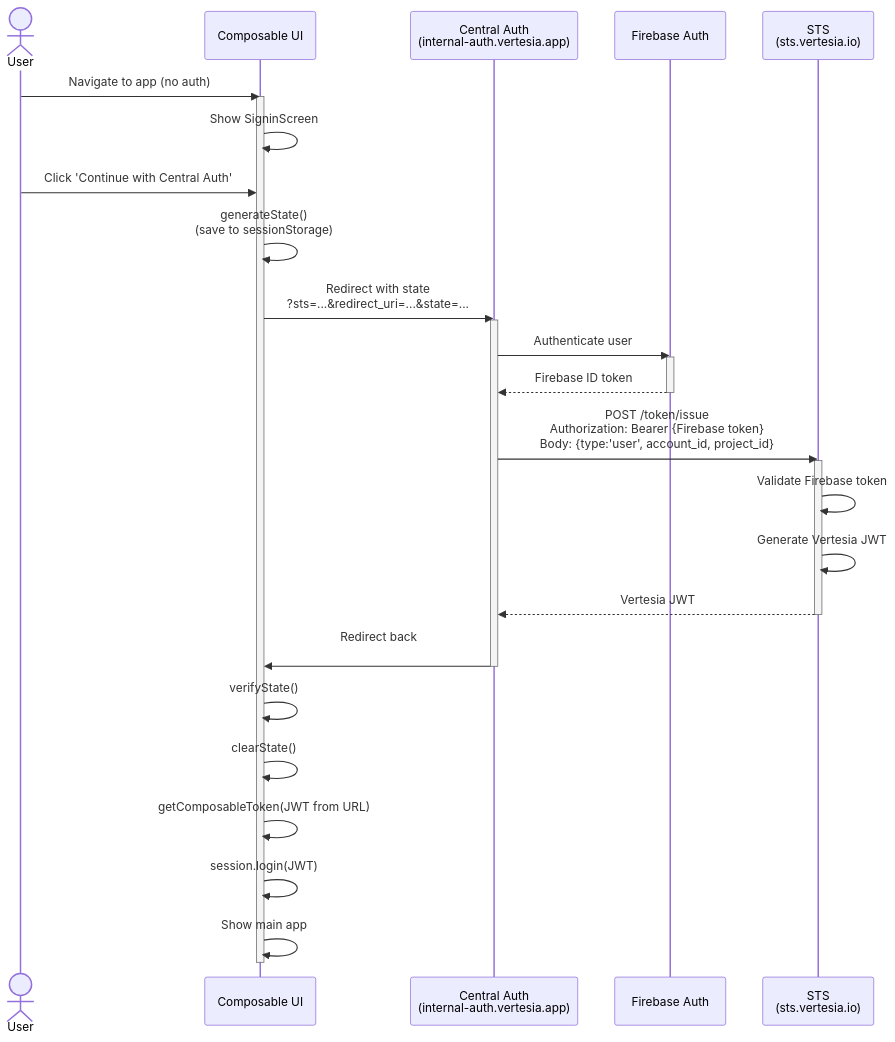
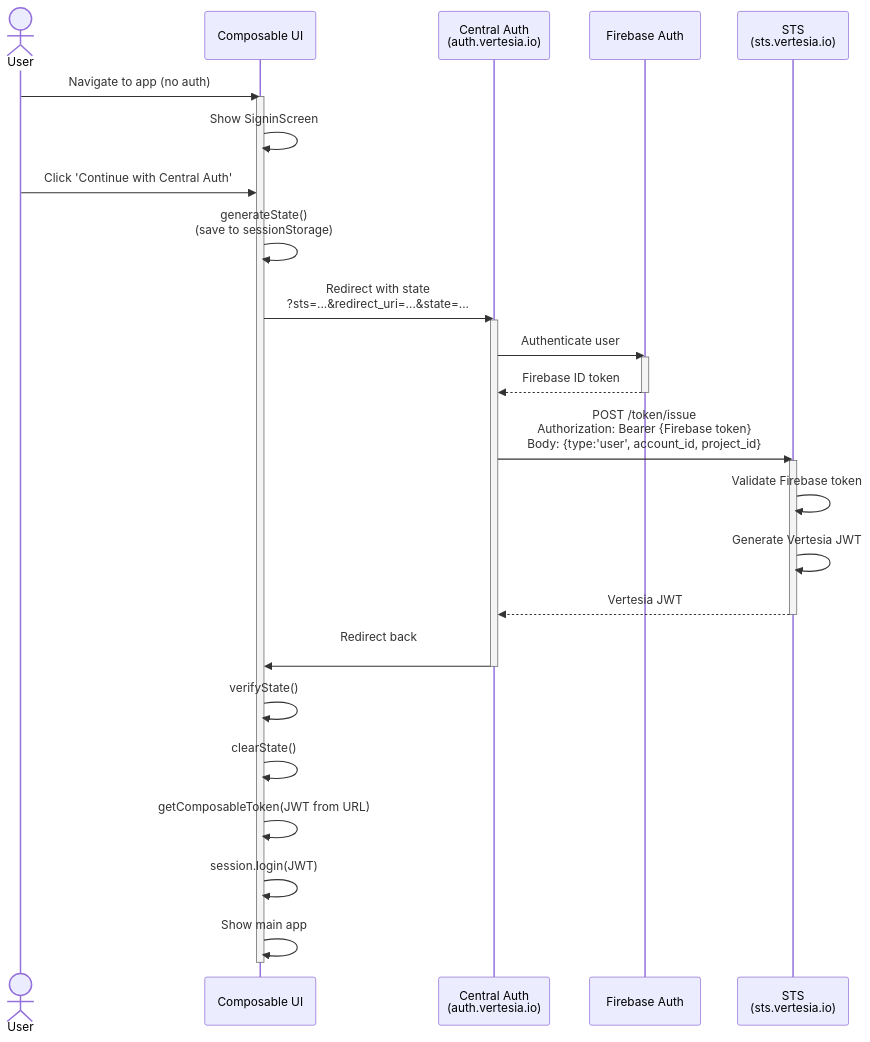
The second of 7 diagrams in packages/ui/src/session/auth/auth-flow.md (vertesia/composableai), drawn with Mermaid before and after one commit. The commit also changed other lines of this file, not shown here.

Commit message:
docs: update central auth endpoint selection

````diff
--- a/packages/ui/src/session/auth/auth-flow.md
+++ b/packages/ui/src/session/auth/auth-flow.md
@@ -836,39 +848,39 @@
 ```mermaid
 sequenceDiagram
     actor User
     participant App as Composable UI
-    participant CentralAuth as Central Auth<br/>(internal-auth.vertesia.app)
+    participant CentralAuth as Central Auth<br/>(auth.vertesia.io)
     participant Firebase as Firebase Auth
     participant STS as STS<br/>(sts.vertesia.io)
 
     User->>App: Navigate to app (no auth)
     activate App
     App->>App: Show SigninScreen
     User->>App: Click 'Continue with Central Auth'
 
     App->>App: generateState()<br/>(save to sessionStorage)
     App->>CentralAuth: Redirect with state<br/>?sts=...&redirect_uri=...&state=...
     activate CentralAuth
 
     CentralAuth->>Firebase: Authenticate user
     activate Firebase
     Firebase-->>CentralAuth: Firebase ID token
     deactivate Firebase
 
     CentralAuth->>STS: POST /token/issue<br/>Authorization: Bearer {Firebase token}<br/>Body: {type:'user', account_id, project_id}
     activate STS
     STS->>STS: Validate Firebase token
     STS->>STS: Generate Vertesia JWT
     STS-->>CentralAuth: Vertesia JWT
     deactivate STS
 
     CentralAuth->>App: Redirect back<br/>#token={JWT}&state={state}
     deactivate CentralAuth
 
     App->>App: verifyState()
     App->>App: clearState()
     App->>App: getComposableToken(JWT from URL)
     App->>App: session.login(JWT)
     App->>App: Show main app
     deactivate App
 ```
````
